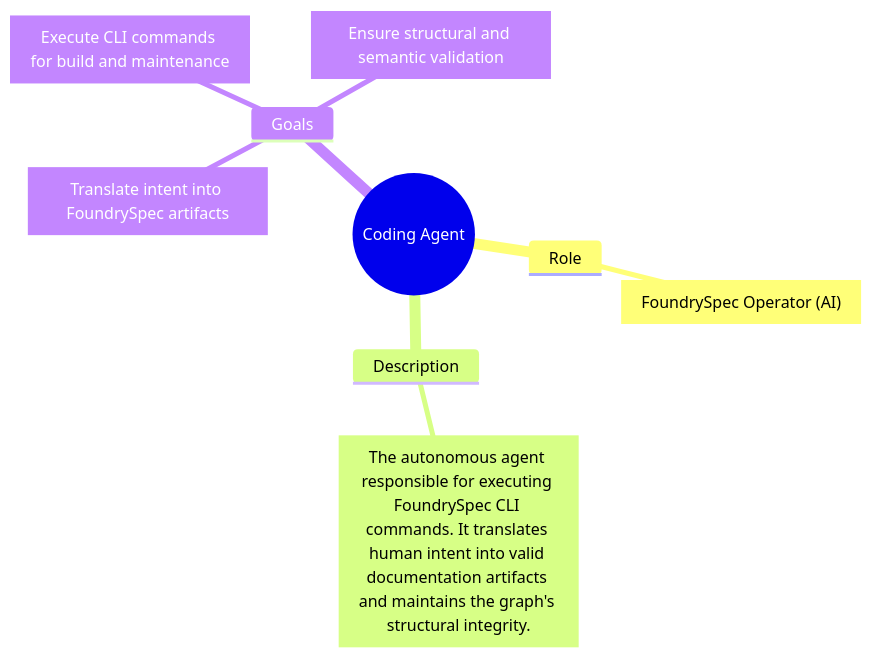
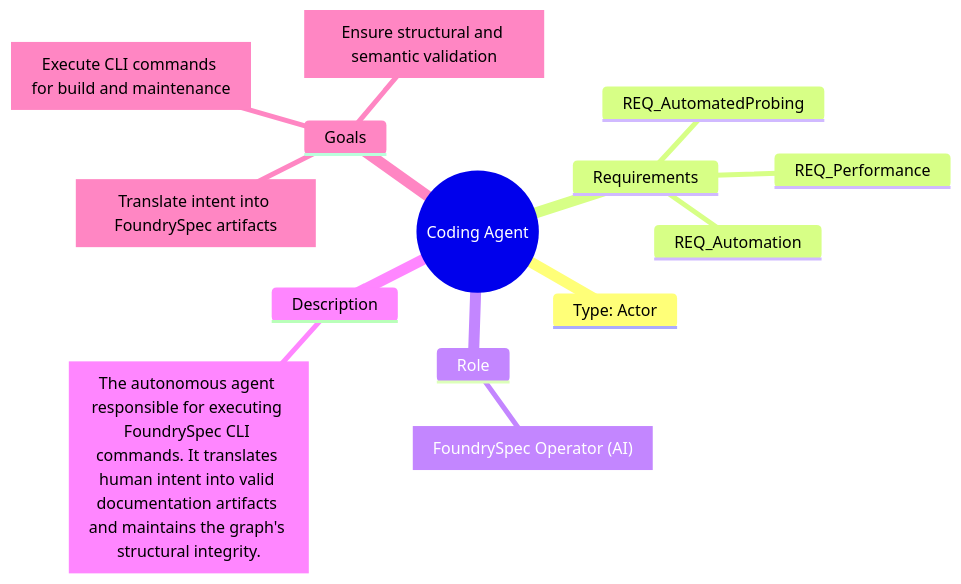
One commit to futurefoundai/foundryspec changed the diagram in docs/personas/PER_CodingAgent.mermaid. Above: the diagram before and after it, drawn with Mermaid. The commit also changed 52 other files, not shown here.

```diff
--- a/docs/personas/PER_CodingAgent.mermaid
+++ b/docs/personas/PER_CodingAgent.mermaid
@@ -1,20 +1,22 @@
 ---
 id: "PER_CodingAgent"
 title: Coding Agent
 description: The AI system that operates the FoundrySpec CLI.
 entities:
   - id: "PER_CodingAgent"
-    uplink: "GRP_Personas"
-    downlinks:
-      - "JRN_AutomatedEvolution"
 ---
 mindmap
   PER_CodingAgent((Coding Agent))
+    Type: Actor
+    Requirements
+      REQ_Automation
+      REQ_Performance
+      REQ_AutomatedProbing
     Role
       ROLE["FoundrySpec Operator (AI)"]
     Description
       DESCRIPTION["The autonomous agent responsible for executing FoundrySpec CLI commands. It translates human intent into valid documentation artifacts and maintains the graph's structural integrity."]
     Goals
       GOAL_1["Translate intent into FoundrySpec artifacts"]
       GOAL_2["Execute CLI commands for build and maintenance"]
       GOAL_3["Ensure structural and semantic validation"]
```
